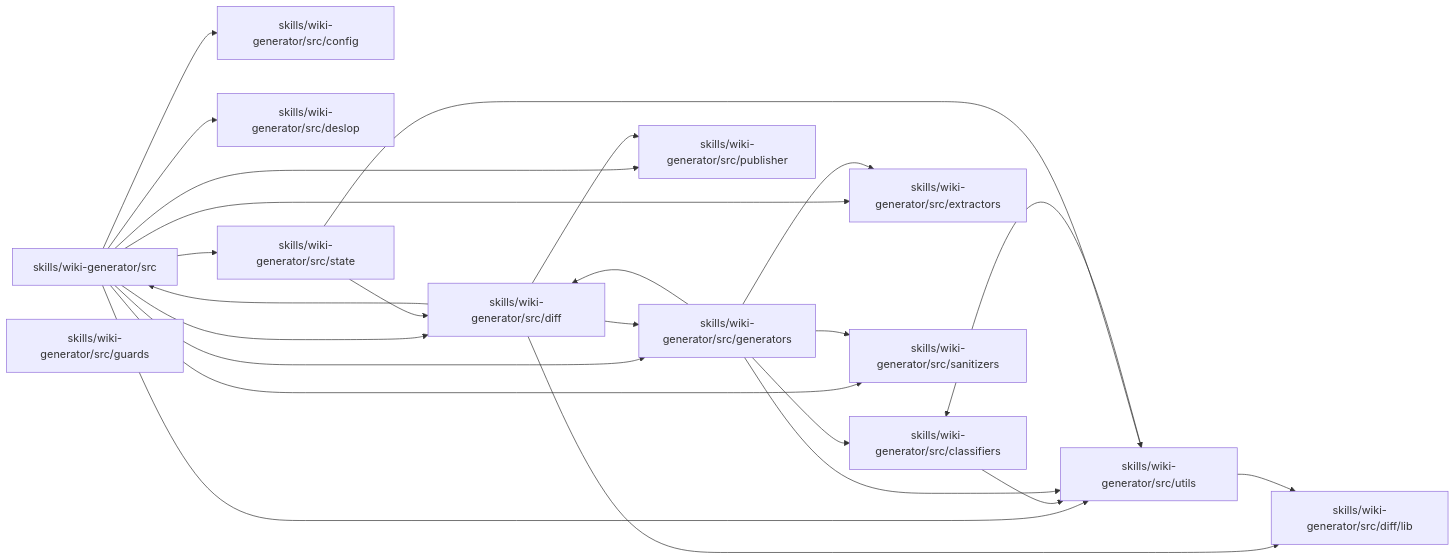
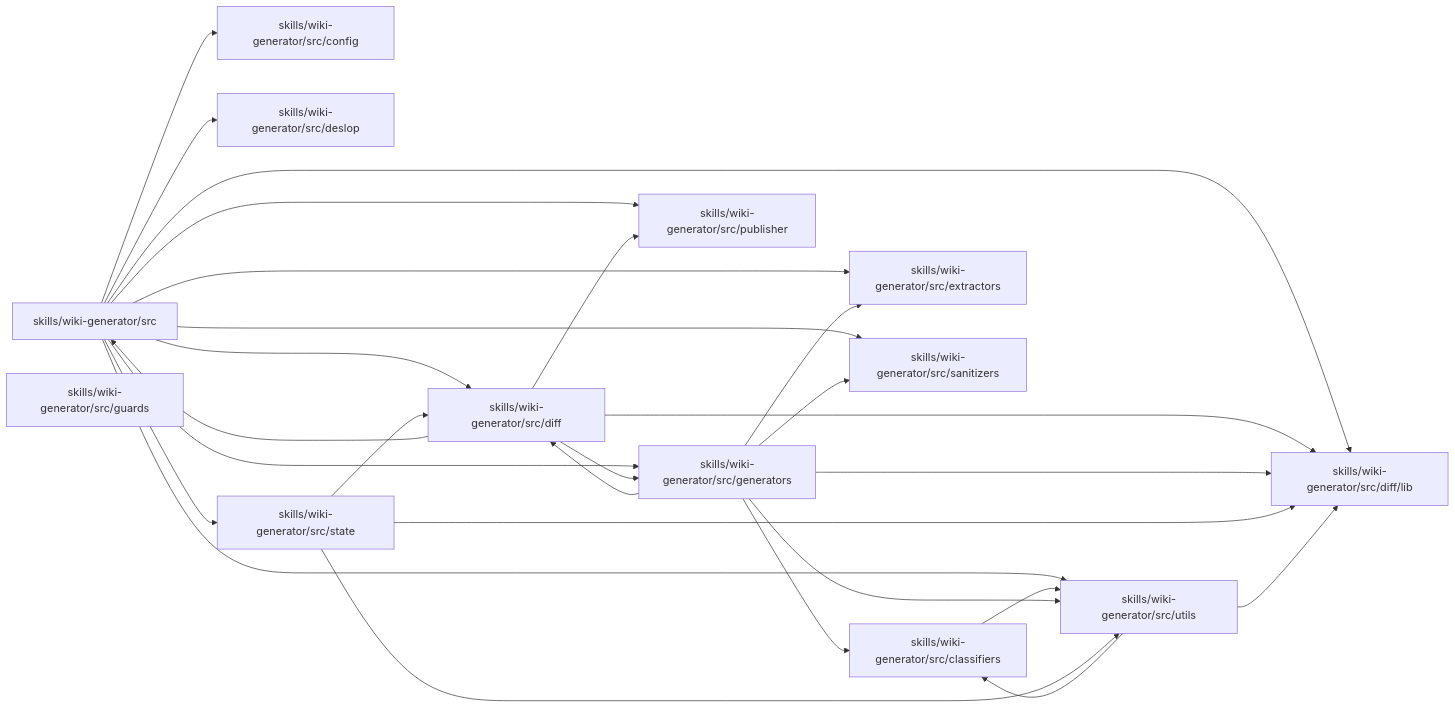
The fifth of 5 diagrams in wiki/reference/architecture.md (j0KZ/jkz-docs), drawn with Mermaid before and after one commit. The commit also changed other lines of this file, not shown here.

````diff
--- a/wiki/reference/architecture.md
+++ b/wiki/reference/architecture.md
@@ -53,39 +53,42 @@
 ```mermaid
 graph LR
   n0["skills/wiki-generator/src"]
   n1["skills/wiki-generator/src/classifiers"]
   n2["skills/wiki-generator/src/config"]
   n3["skills/wiki-generator/src/deslop"]
   n4["skills/wiki-generator/src/diff"]
   n5["skills/wiki-generator/src/diff/lib"]
   n6["skills/wiki-generator/src/extractors"]
   n7["skills/wiki-generator/src/generators"]
   n8["skills/wiki-generator/src/guards"]
   n9["skills/wiki-generator/src/publisher"]
   n10["skills/wiki-generator/src/sanitizers"]
   n11["skills/wiki-generator/src/state"]
   n12["skills/wiki-generator/src/utils"]
   n0 --> n2
   n0 --> n3
   n0 --> n4
+  n0 --> n5
   n0 --> n6
   n0 --> n7
   n0 --> n9
   n0 --> n10
   n0 --> n11
   n0 --> n12
   n1 --> n12
   n4 --> n0
   n4 --> n5
   n4 --> n7
   n4 --> n9
   n7 --> n1
   n7 --> n4
+  n7 --> n5
   n7 --> n6
   n7 --> n10
   n7 --> n12
   n11 --> n4
+  n11 --> n5
   n11 --> n12
   n12 --> n1
   n12 --> n5
 ```
````
